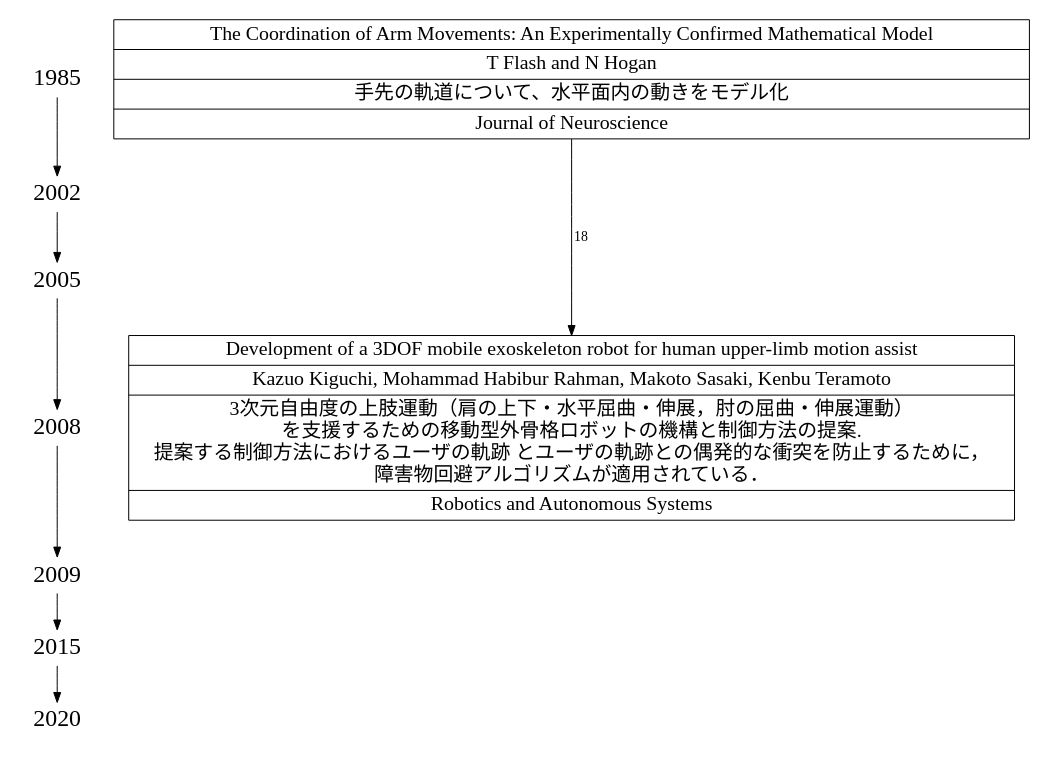
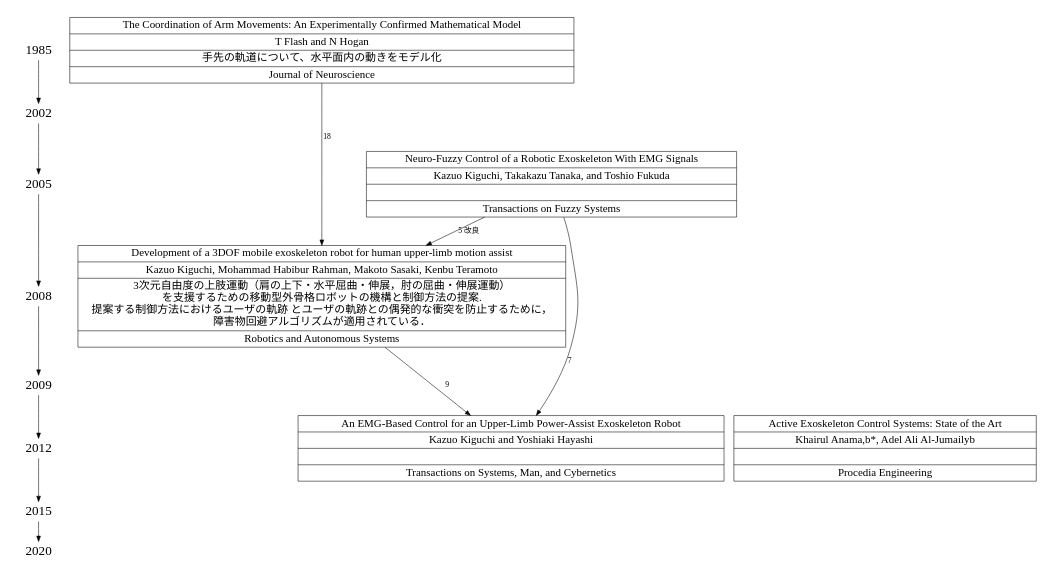
The diagram in upper-limb.dot (hasechon/exoskeleton-survey), drawn with Graphviz before and after one commit.

```diff
--- a/upper-limb.dot
+++ b/upper-limb.dot
@@ -1,44 +1,81 @@
 // 上肢外骨格
 digraph exoskeleton {
 
 size="7,8";
 // rankdir=LR
 node [fontsize=24, shape = plaintext];
 
 1985 -> 2002;
 2002 -> 2005;
 2005 -> 2008;
 2008 -> 2009:
-2009 -> 2015;
+2009 -> 2012;
+2012 -> 2015;
 2015 -> 2020;
 
 node [fontsize=20];
 { rank=same;  1985 n1985_0; }
 { rank=same;  2008 n2008_0; }
+{ rank=same;  2012 n2012_0 n2012_1; }
 
 
 "n1985_0" [
 label = "{
         <f0> The Coordination of Arm Movements: An Experimentally Confirmed Mathematical Model |
         <f1> T Flash and N Hogan|
         手先の軌道について、水平面内の動きをモデル化|
         Journal of Neuroscience
+        }"
+shape = "record"
+];
+
+"n2004_0" [
+label = "{
+        <f0> Neuro-Fuzzy Control of a Robotic Exoskeleton With EMG Signals|
+        <f1> Kazuo Kiguchi, Takakazu Tanaka, and Toshio Fukuda|
+        |
+        Transactions on Fuzzy Systems
         }"
 shape = "record"
 ];
 
 "n2008_0" [
 label = "{
         <f0> Development of a 3DOF mobile exoskeleton robot for human upper-limb motion assist|
         <f1> Kazuo Kiguchi, Mohammad Habibur Rahman, Makoto Sasaki, Kenbu Teramoto|
         3次元自由度の上肢運動（肩の上下・水平屈曲・伸展，肘の屈曲・伸展運動）\n
         を支援するための移動型外骨格ロボットの機構と制御方法の提案.\n
         提案する制御方法におけるユーザの軌跡 とユーザの軌跡との偶発的な衝突を防止するために，\n
         障害物回避アルゴリズムが適用されている．|
         Robotics and Autonomous Systems
         }"
 shape = "record"
 ];
 
+"n2012_0" [
+label = "{
+        <f0> An EMG-Based Control for an Upper-Limb Power-Assist Exoskeleton Robot|
+        <f1> Kazuo Kiguchi and Yoshiaki Hayashi|
+        |
+        Transactions on Systems, Man, and Cybernetics
+        }"
+shape = "record"
+];
+
+"n2012_1" [
+label = "{
+        <f0> Active Exoskeleton Control Systems: State of the Art|
+        <f1> Khairul Anama,b*, Adel Ali Al-Jumailyb|
+        |
+        Procedia Engineering
+        }"
+shape = "record"
+];
+
 n1985_0 -> n2008_0 [ label = "18" ]
+n2004_0 -> n2008_0 [ label = "5 改良" ]
+n2004_0 -> n2012_0 [ label = "7" ]
+n2008_0 -> n2012_0 [ label = "9" ]
+
+// n2012_0 -> n2012_1 [ label = "51" ]
 }
```
